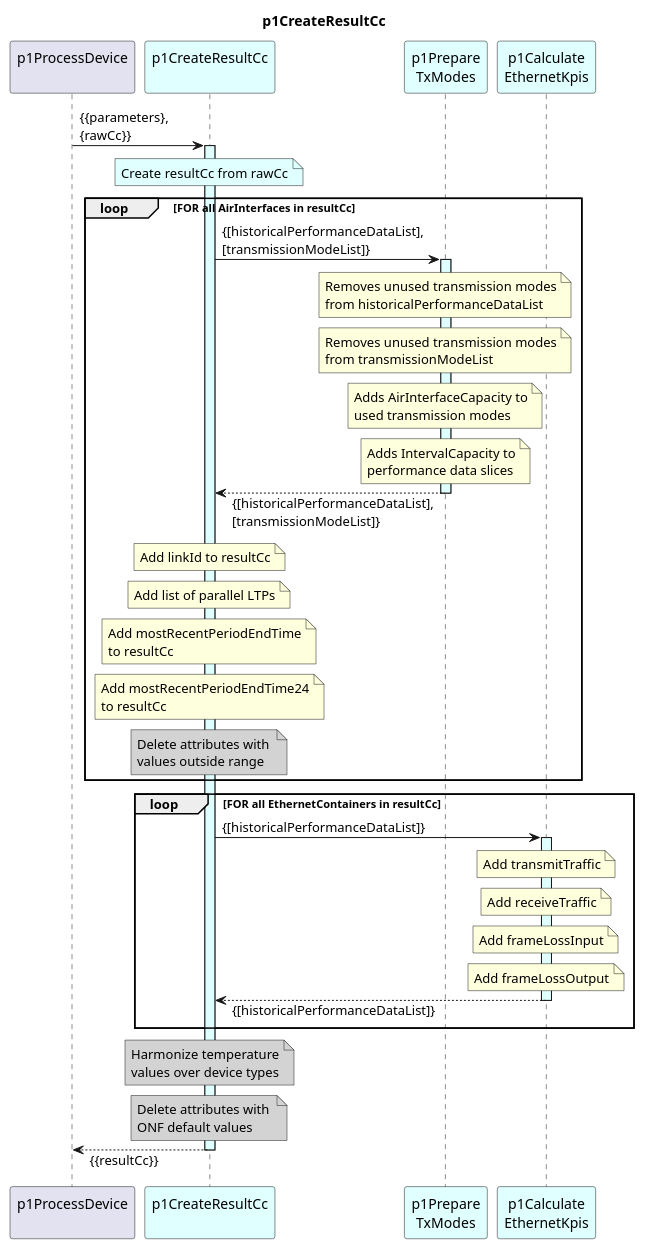
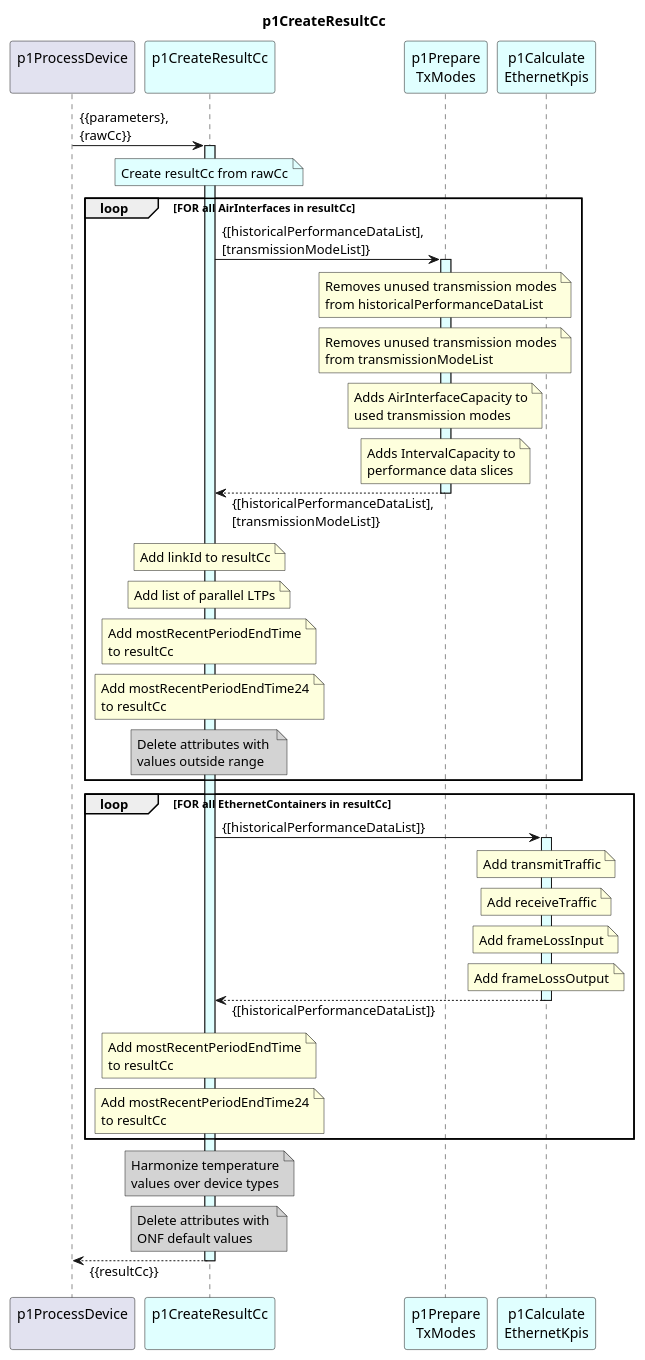
The diagram in spec/Functions/p1StreamPmData/p1ProcessDevice/p1CreateResultCc/1.0.0/p1CreateResultCc.plantuml (openBackhaul/DevicePerformanceManagementDataProcessor), drawn with PlantUML before and after one commit. The commit also changed 1 other file, not shown here.

Commit message:
correct diagram p1CreateResultCC

```diff
--- a/spec/Functions/p1StreamPmData/p1ProcessDevice/p1CreateResultCc/1.0.0/p1CreateResultCc.plantuml
+++ b/spec/Functions/p1StreamPmData/p1ProcessDevice/p1CreateResultCc/1.0.0/p1CreateResultCc.plantuml
@@ -1,121 +1,132 @@
 @startuml p1CreateResultCc
 skinparam responseMessageBelowArrow true
 
 title
   p1CreateResultCc
 end title
 
 participant "p1ProcessDevice\n" as requestor
 participant "p1CreateResultCc\n" as cur #LightCyan
 
 participant "p1Prepare\nTxModes" as prepTxModes #LightCyan
 participant "p1Calculate\nEthernetKpis" as ethKpis #LightCyan
 
 requestor -> cur: {{parameters},\n{rawCc}}
 activate cur #LightCyan
 
   note over cur #LightCyan
     Create resultCc from rawCc
   end note
 
   loop FOR all AirInterfaces in resultCc
 
     cur -> prepTxModes : {[historicalPerformanceDataList],\n[transmissionModeList]}
     activate prepTxModes #LightCyan
 
       note over prepTxModes
         Removes unused transmission modes
         from historicalPerformanceDataList
       end note
 
       note over prepTxModes
         Removes unused transmission modes
         from transmissionModeList
       end note
 
       note over prepTxModes
         Adds AirInterfaceCapacity to
         used transmission modes
       end note
 
       note over prepTxModes
         Adds IntervalCapacity to
         performance data slices
       end note
 
     cur <-- prepTxModes : {[historicalPerformanceDataList],\n[transmissionModeList]}
     deactivate prepTxModes
 
     ' ----- Link ID --------------------------
     note over cur
       Add linkId to resultCc
     end note
 
     ' ----- Aggregation Group --------------------------
     note over cur
       Add list of parallel LTPs
     end note
 
     ' ----- mostRecentPeriodEndTime --------------------------
     note over cur
       Add mostRecentPeriodEndTime
       to resultCc
     end note
 
     note over cur
       Add mostRecentPeriodEndTime24
       to resultCc
     end note
 
     ' ----- OutOfRange TxLevel --------------------------
     note over cur #LightGray
       Delete attributes with 
       values outside range
     end note
 
   end
 
   loop FOR all EthernetContainers in resultCc
 
     ' ----- EthContainer KPIs --------------------------
     cur -> ethKpis : {[historicalPerformanceDataList]}
     activate ethKpis #LightCyan
 
         note over ethKpis
           Add transmitTraffic
         end note
 
         note over ethKpis
           Add receiveTraffic
         end note
 
         note over ethKpis
           Add frameLossInput
         end note
 
         note over ethKpis
           Add frameLossOutput
         end note
 
     cur <-- ethKpis : {[historicalPerformanceDataList]}
     deactivate ethKpis
 
+    ' ----- mostRecentPeriodEndTime --------------------------
+    note over cur
+      Add mostRecentPeriodEndTime
+      to resultCc
+    end note
+
+    note over cur
+      Add mostRecentPeriodEndTime24
+      to resultCc
+    end note
+
   end loop
 
   ' ----- Temperature --------------------------
   note over cur #LightGray
     Harmonize temperature
     values over device types
   end note
 
   ' ----- ONF default values --------------------------
   note over cur #LightGray
     Delete attributes with 
     ONF default values
   end note
 
 requestor <-- cur: {{resultCc}}
 
 deactivate cur
 
 @enduml
```
